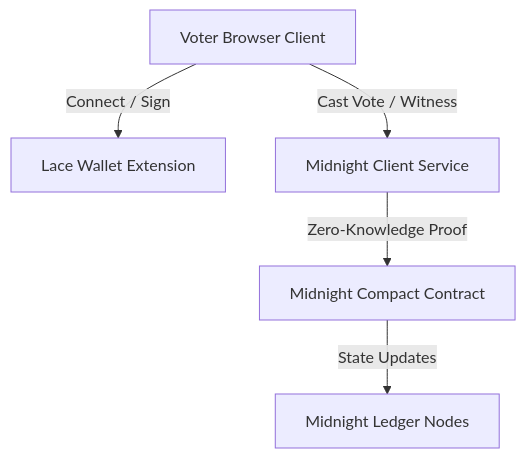
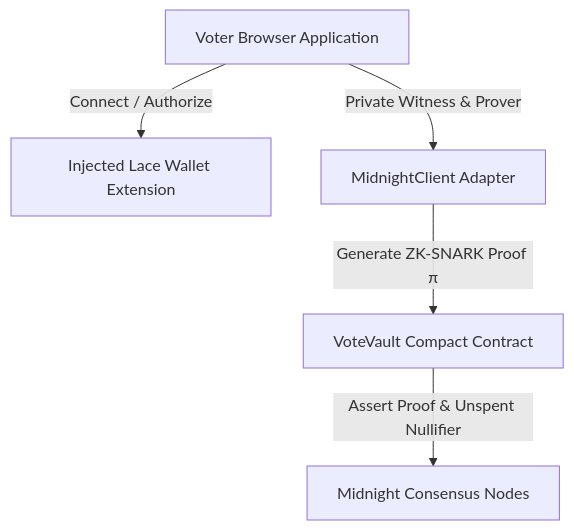
Before and after one commit to Aryaaa-21/VoteVault: the diagram in README.md, drawn with Mermaid. The commit also changed other lines of this file and 13 other files, not shown here.

````diff
--- a/README.md
+++ b/README.md
@@ -36,7 +91,7 @@
 ```mermaid
 graph TD
-    A[Voter Browser Client] -->|Connect / Sign| B[Lace Wallet Extension]
-    A -->|Cast Vote / Witness| C[Midnight Client Service]
-    C -->|Zero-Knowledge Proof| D[Midnight Compact Contract]
-    D -->|State Updates| E[Midnight Ledger Nodes]
+    A[Voter Browser Application] -->|Connect / Authorize| B[Injected Lace Wallet Extension]
+    A -->|Private Witness & Prover| C[MidnightClient Adapter]
+    C -->|Generate ZK-SNARK Proof π| D[VoteVault Compact Contract]
+    D -->|Assert Proof & Unspent Nullifier| E[Midnight Consensus Nodes]
 ```
````
